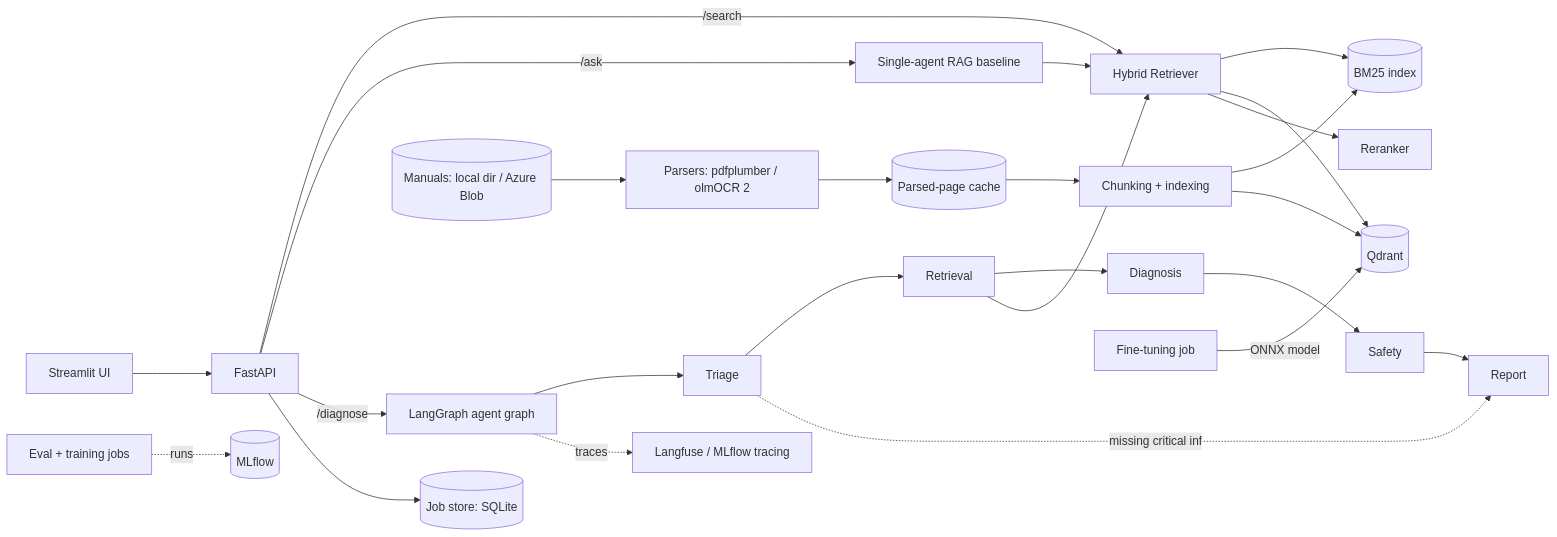
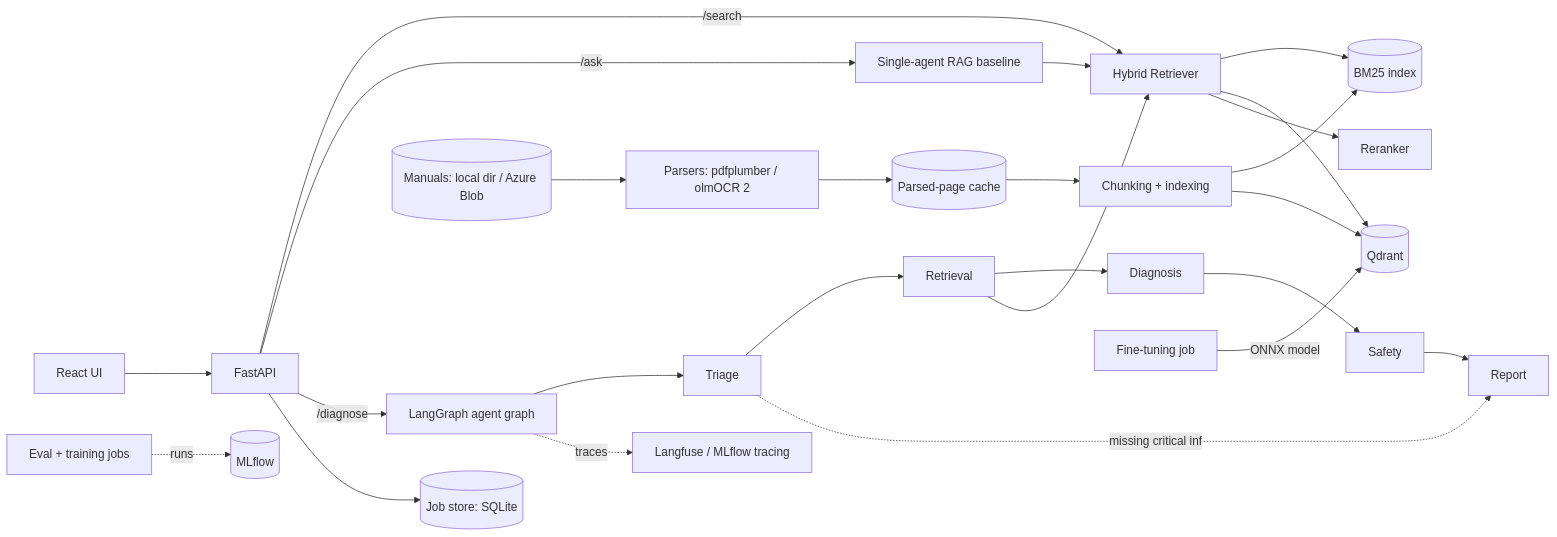
The diagram in PLAN.md (Riz695/rig-assist), drawn with Mermaid before and after one commit. The commit also changed other lines of this file and 2 other files, not shown here.

First line of the commit message:
docs: Phase 7 design (React + TypeScript UI, live node progress, page images); PLAN.md and PROGRESS.md updated

````diff
--- a/PLAN.md
+++ b/PLAN.md
@@ -159,22 +159,22 @@
 ```mermaid
 flowchart LR
-    UI[Streamlit UI] --> API[FastAPI]
+    UI[React UI] --> API[FastAPI]
     API -->|/search| RET[Hybrid Retriever]
     API -->|/ask| SA[Single-agent RAG baseline]
     API -->|/diagnose| G[LangGraph agent graph]
     G --> T[Triage] --> R[Retrieval] --> D[Diagnosis] --> S[Safety] --> W[Report]
     T -.missing critical info.-> W
     R --> RET
     SA --> RET
     RET --> BM25[(BM25 index)]
     RET --> QD[(Qdrant)]
     RET --> RR[Reranker]
     G -.traces.-> TR[Langfuse / MLflow tracing]
     API --> JOBS[(Job store: SQLite)]
     BLOB[(Manuals: local dir / Azure Blob)] --> PARSE[Parsers: pdfplumber / olmOCR 2]
     PARSE --> CACHE[(Parsed-page cache)] --> ING[Chunking + indexing]
     ING --> BM25
     ING --> QD
     TRAIN[Fine-tuning job] -->|ONNX model| QD
     EVAL[Eval + training jobs] -.runs.-> MLF[(MLflow)]
 ```
````
